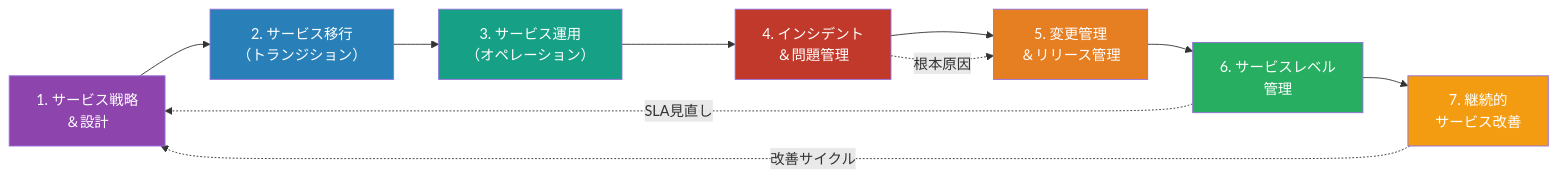
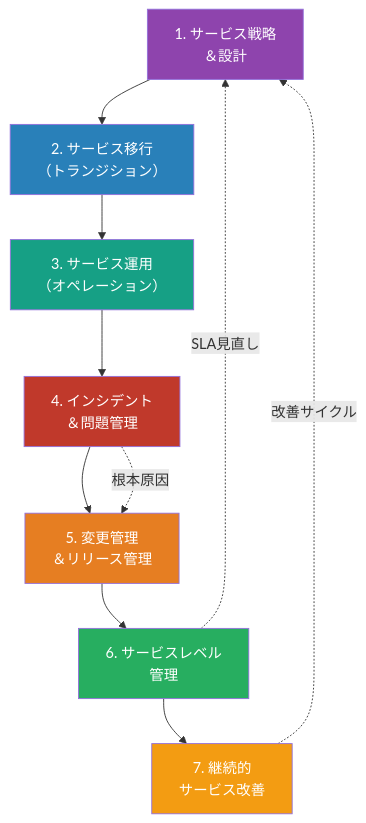
One commit to shuji-bonji/Management-of-software-systems-and-services changed the second of 8 diagrams in service-management-map.md. Above: the diagram before and after it, drawn with Mermaid. The commit also changed other lines of this file and 9 other files, not shown here.

Commit message:
fix: Mermaid図の改善

````diff
--- a/service-management-map.md
+++ b/service-management-map.md
@@ -47,21 +45,21 @@
 ```mermaid
-flowchart LR
-    A["1. サービス戦略\n＆設計"] --> B["2. サービス移行\n（トランジション）"]
-    B --> C["3. サービス運用\n（オペレーション）"]
-    C --> D["4. インシデント\n＆問題管理"]
-    D --> E["5. 変更管理\n＆リリース管理"]
-    E --> F["6. サービスレベル\n管理"]
-    F --> G["7. 継続的\nサービス改善"]
+flowchart TB
+    A["1. サービス戦略<br>＆設計"] --> B["2. サービス移行<br>（トランジション）"]
+    B --> C["3. サービス運用<br>（オペレーション）"]
+    C --> D["4. インシデント<br>＆問題管理"]
+    D --> E["5. 変更管理<br>＆リリース管理"]
+    E --> F["6. サービスレベル<br>管理"]
+    F --> G["7. 継続的<br>サービス改善"]
 
     G -.->|"改善サイクル"| A
     D -.->|"根本原因"| E
     F -.->|"SLA見直し"| A
 
     style A fill:#8E44AD,color:#fff
     style B fill:#2980B9,color:#fff
     style C fill:#16A085,color:#fff
     style D fill:#C0392B,color:#fff
     style E fill:#E67E22,color:#fff
     style F fill:#27AE60,color:#fff
     style G fill:#F39C12,color:#fff
 ```
````
